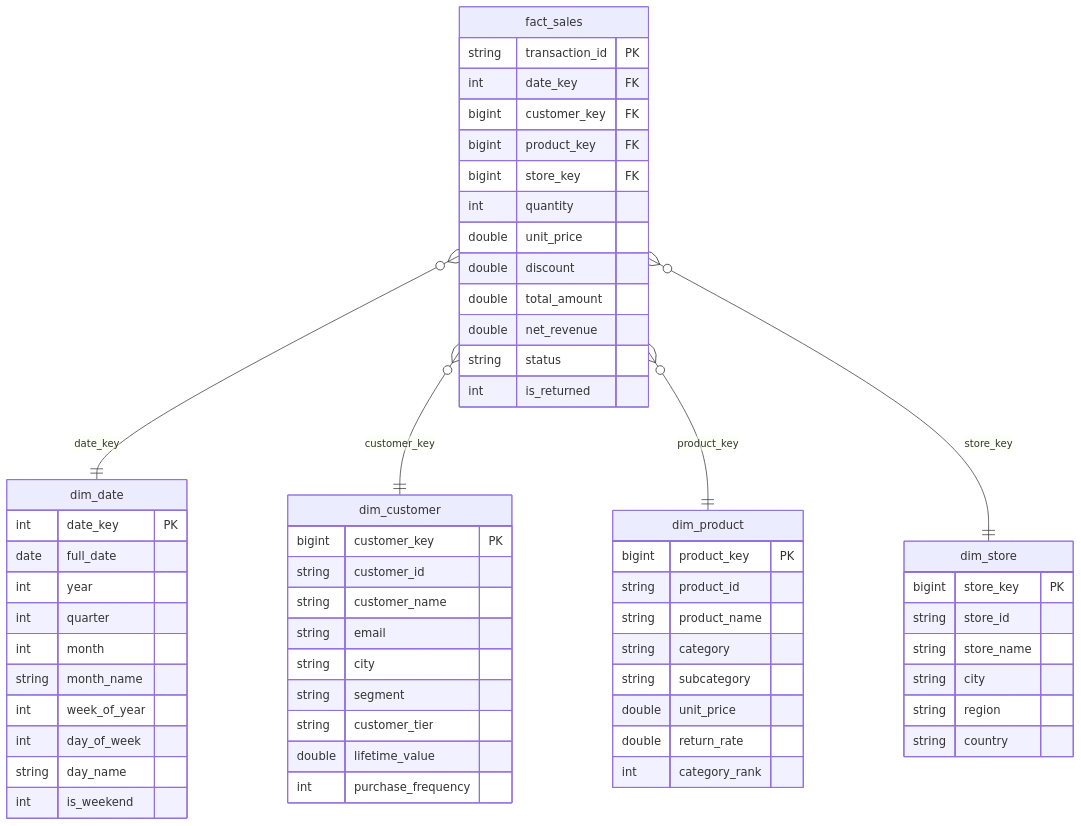
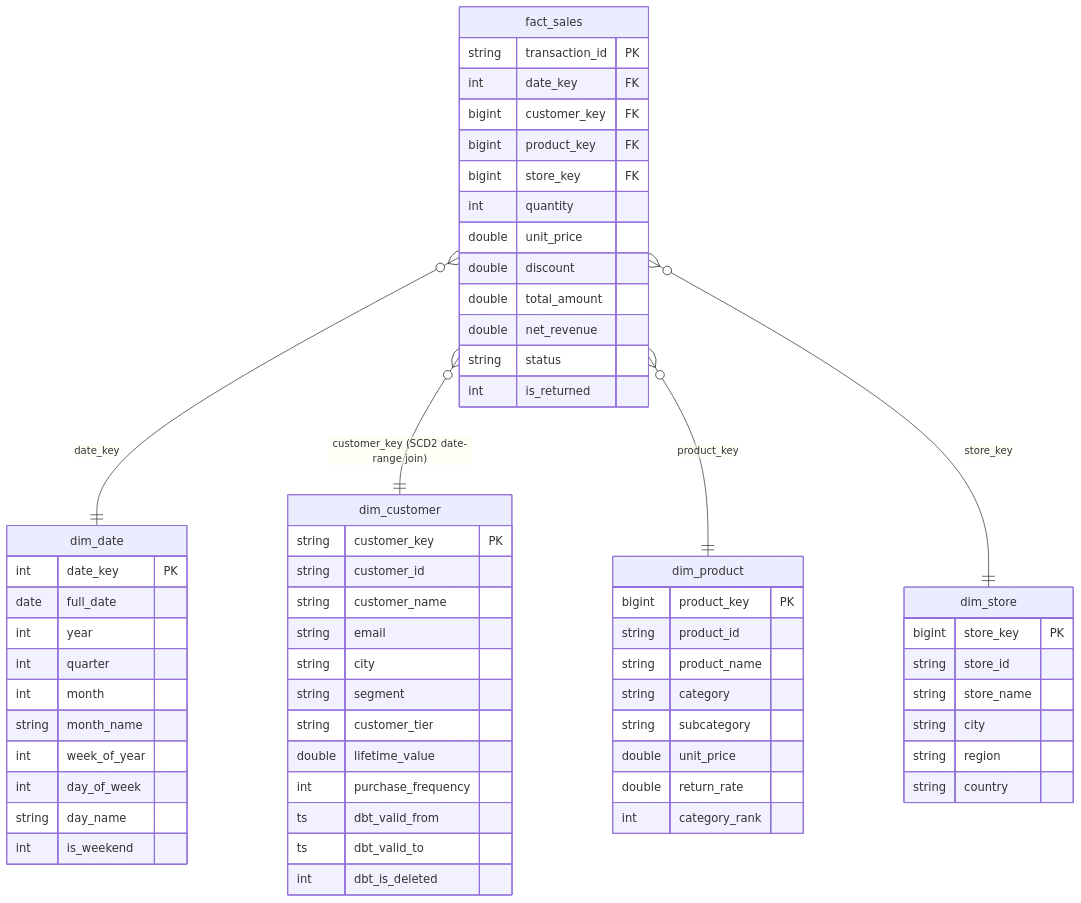
Before and after one commit to VictoriaUsman/Azure-DataBricks: the fourth of 4 diagrams in README.md, drawn with Mermaid. The commit also changed other lines of this file, not shown here.

````diff
--- a/README.md
+++ b/README.md
@@ -172,67 +253,70 @@
 ```mermaid
 erDiagram
     fact_sales {
         string  transaction_id PK
         int     date_key       FK
         bigint  customer_key   FK
         bigint  product_key    FK
         bigint  store_key      FK
         int     quantity
         double  unit_price
         double  discount
         double  total_amount
         double  net_revenue
         string  status
         int     is_returned
     }
 
     dim_date {
         int    date_key    PK
         date   full_date
         int    year
         int    quarter
         int    month
         string month_name
         int    week_of_year
         int    day_of_week
         string day_name
         int    is_weekend
     }
 
     dim_customer {
-        bigint customer_key       PK
+        string customer_key    PK
         string customer_id
         string customer_name
         string email
         string city
         string segment
         string customer_tier
         double lifetime_value
         int    purchase_frequency
+        ts     dbt_valid_from
+        ts     dbt_valid_to
+        int    dbt_is_deleted
     }
 
     dim_product {
         bigint product_key   PK
         string product_id
         string product_name
         string category
         string subcategory
         double unit_price
         double return_rate
         int    category_rank
     }
 
     dim_store {
         bigint store_key  PK
         string store_id
         string store_name
         string city
         string region
         string country
     }
 
     fact_sales }o--|| dim_date     : "date_key"
-    fact_sales }o--|| dim_customer : "customer_key"
+    fact_sales }o--|| dim_customer : "customer_key (SCD2 date-range join)"
     fact_sales }o--|| dim_product  : "product_key"
     fact_sales }o--|| dim_store    : "store_key"
 ```
````
